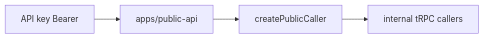
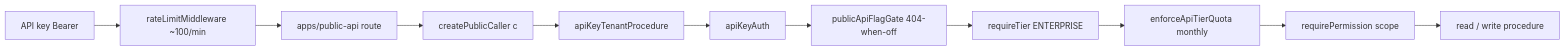
Before and after one commit to mateuszpitura/contractor-ops: the diagram in .planning/brain/wiki/domains/public-api-surface.md, drawn with Mermaid. The commit also changed other lines of this file and 13 other files, not shown here.

````diff
--- a/.planning/brain/wiki/domains/public-api-surface.md
+++ b/.planning/brain/wiki/domains/public-api-surface.md
@@ -21,6 +26,13 @@
 ```mermaid
 flowchart LR
-  client[API key Bearer] --> hono[apps/public-api]
-  hono --> caller[createPublicCaller]
-  caller --> trpc[internal tRPC callers]
+  client[API key Bearer] --> burst[rateLimitMiddleware ~100/min]
+  burst --> hono[apps/public-api route]
+  hono --> caller[createPublicCaller c]
+  caller --> chain[apiKeyTenantProcedure]
+  chain --> auth[apiKeyAuth]
+  auth --> flag[publicApiFlagGate 404-when-off]
+  flag --> tier[requireTier ENTERPRISE]
+  tier --> quota[enforceApiTierQuota monthly]
+  quota --> scope[requirePermission scope]
+  scope --> proc[read / write procedure]
 ```
````
